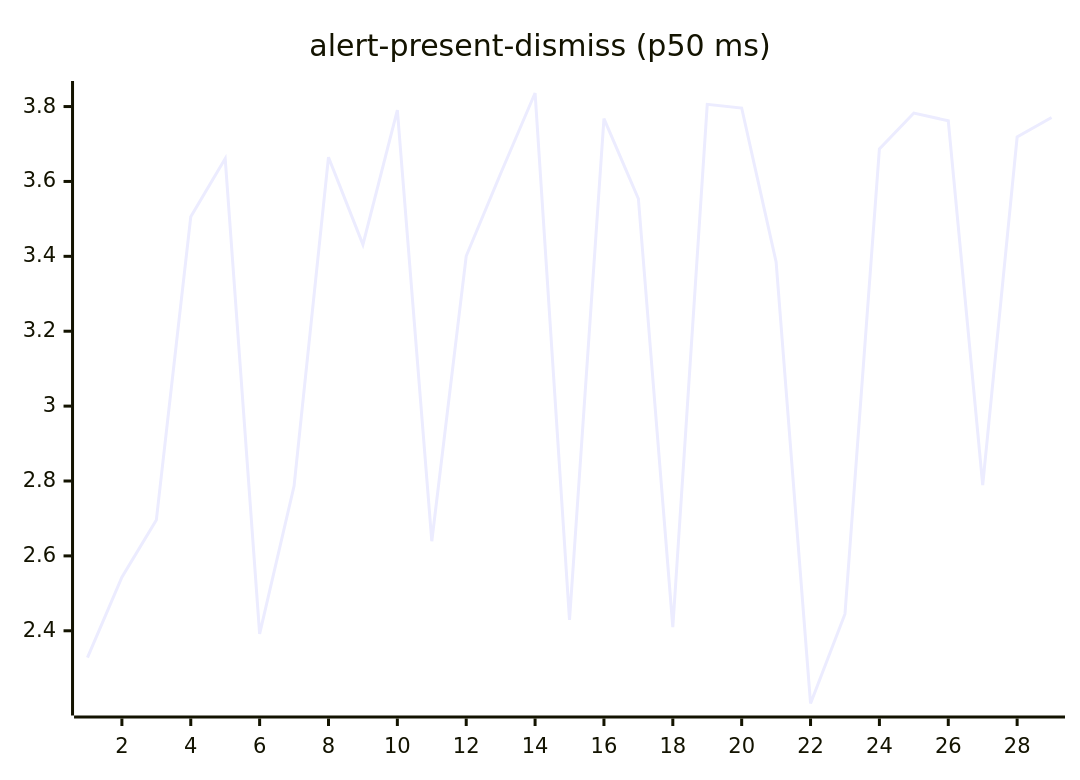
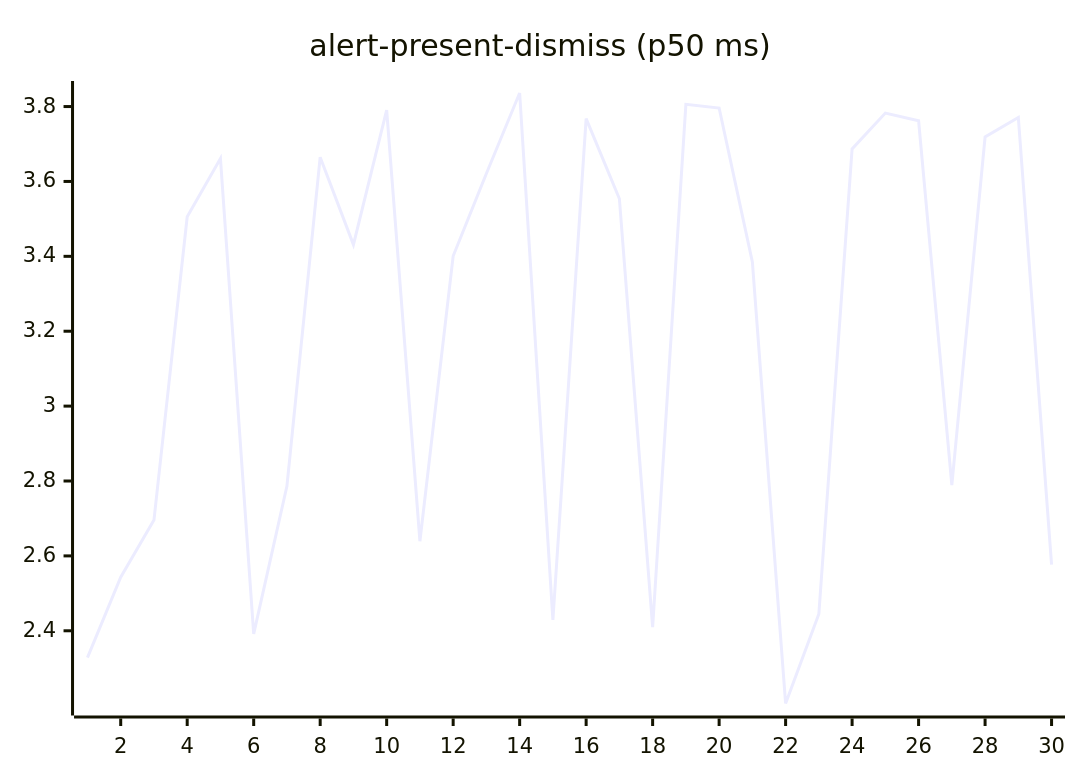
Before and after one commit to josha/Facet: the second of 27 diagrams in README.md, drawn with Mermaid. The commit also changed other lines of this file and 2 other files, not shown here.

````diff
--- a/README.md
+++ b/README.md
@@ -70,6 +70,6 @@
 ```mermaid
 xychart-beta
     title "alert-present-dismiss (p50 ms)"
-    x-axis 1 --> 29
-    line [2.3284, 2.5432, 2.6957, 3.5058, 3.6611, 2.3918, 2.7865, 3.6648, 3.4312, 3.7906, 2.6392, 3.4008, 3.6212, 3.8362, 2.4288, 3.7676, 3.5538, 2.4095, 3.8060, 3.7961, 3.3851, 2.2058, 2.4450, 3.6869, 3.7826, 3.7621, 2.7891, 3.7187, 3.7708]
+    x-axis 1 --> 30
+    line [2.3284, 2.5432, 2.6957, 3.5058, 3.6611, 2.3918, 2.7865, 3.6648, 3.4312, 3.7906, 2.6392, 3.4008, 3.6212, 3.8362, 2.4288, 3.7676, 3.5538, 2.4095, 3.8060, 3.7961, 3.3851, 2.2058, 2.4450, 3.6869, 3.7826, 3.7621, 2.7891, 3.7187, 3.7708, 2.5766]
 ```
````
